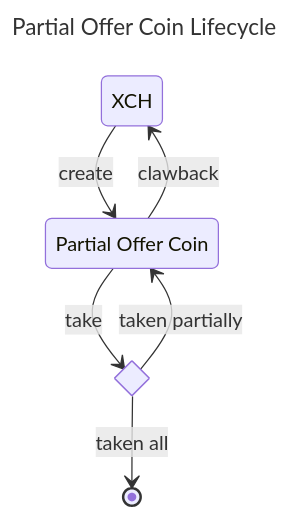
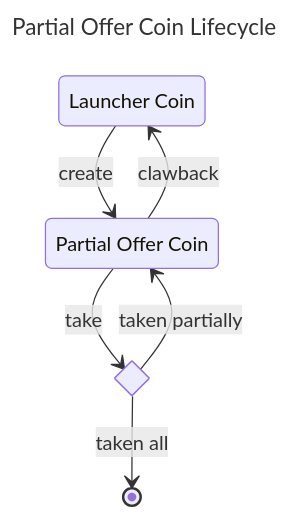
Before and after one commit to dexie-space/partial-cli-beta: the diagram in README.md, drawn with Mermaid. The commit also changed other lines of this file and 72 other files, not shown here.

````diff
--- a/README.md
+++ b/README.md
@@ -314,14 +14,14 @@
 ```mermaid
 ---
 title: Partial Offer Coin Lifecycle
 ---
 stateDiagram-v2
-  xch: XCH
+  launcher: Launcher Coin
   poc: Partial Offer Coin
   state if_state <<choice>>
-  xch --> poc: create
-  poc --> xch: clawback
+  launcher --> poc: create
+  poc --> launcher: clawback
   poc --> if_state: take
   if_state --> poc: taken partially
   if_state --> [*]: taken all
 ```
````
